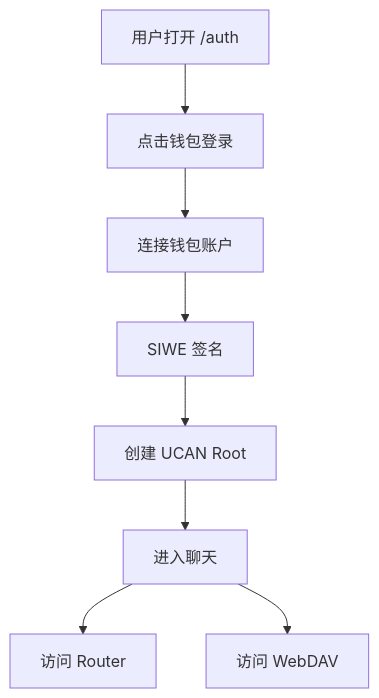
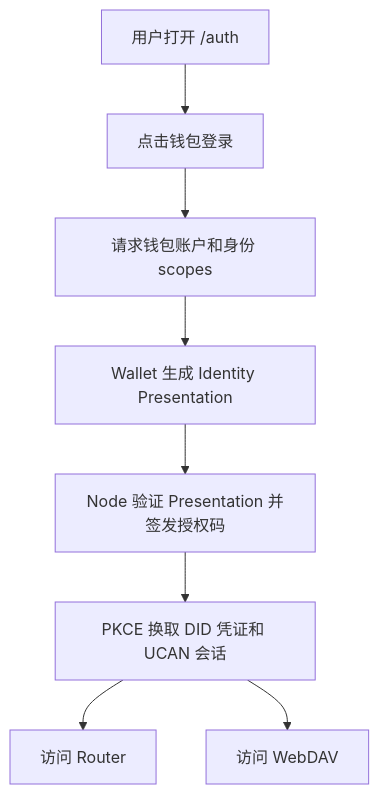
Before and after one commit to liuppx/chat: the first of 4 diagrams in docs/30-architecture/用户登录方案.md, drawn with Mermaid. The commit also changed other lines of this file and 38 other files, not shown here.

Commit message:
fix: complete identity login and desktop sync flow

````diff
--- a/docs/30-architecture/用户登录方案.md
+++ b/docs/30-architecture/用户登录方案.md
@@ -160,10 +160,10 @@
 ```mermaid
 flowchart TD
   A[用户打开 /auth] --> B[点击钱包登录]
-  B --> C[连接钱包账户]
-  C --> D[SIWE 签名]
-  D --> E[创建 UCAN Root]
-  E --> F[进入聊天]
+  B --> C[请求钱包账户和身份 scopes]
+  C --> D[Wallet 生成 Identity Presentation]
+  D --> E[Node 验证 Presentation 并签发授权码]
+  E --> F[PKCE 换取 DID 凭证和 UCAN 会话]
   F --> G[访问 Router]
   F --> H[访问 WebDAV]
 ```
````
